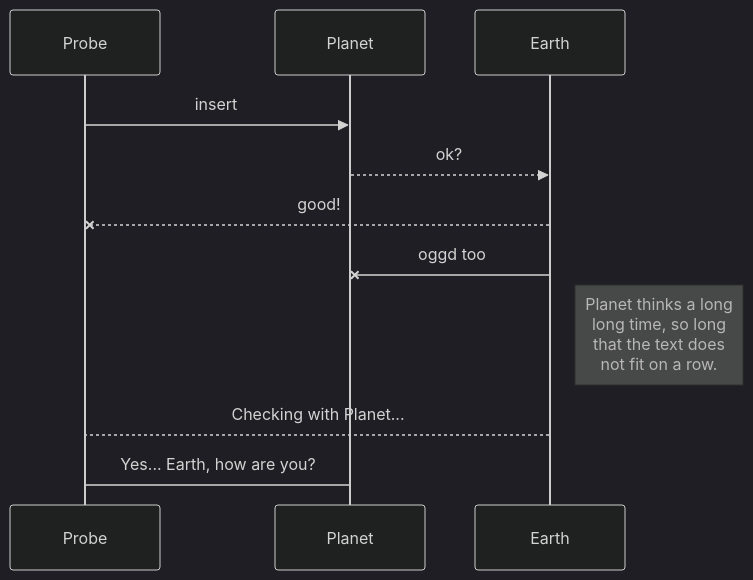
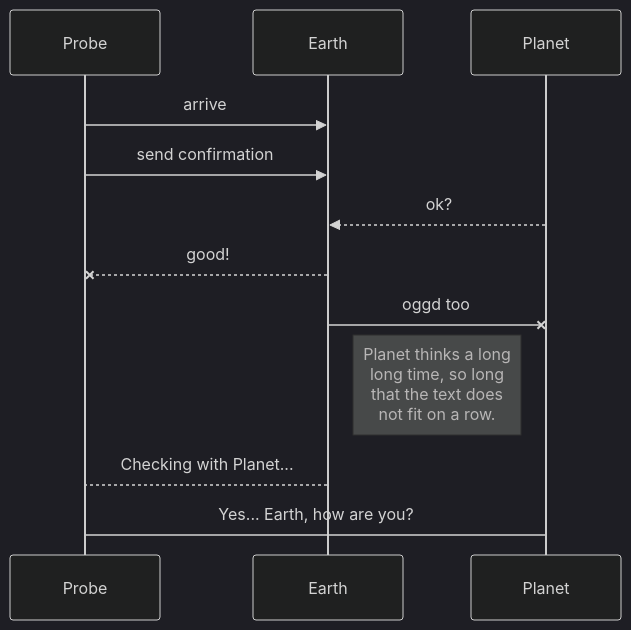
Before and after one commit to andre-svager/teste-sonda-main: the diagram in README.md, drawn with Mermaid (dark theme).

````diff
--- a/README.md
+++ b/README.md
@@ -67,11 +67,12 @@
 ```mermaid
 sequenceDiagram
-Probe ->> Planet: insert
+Probe ->> Earth: arrive
+Probe ->> Earth: send confirmation
 Planet-->>Earth: ok?
 Earth--x Probe: good!
 Earth-x Planet: oggd too
 Note right of Earth: Planet thinks a long<br/>long time, so long<br/>that the text does<br/>not fit on a row.
 
 Earth-->Probe: Checking with Planet...
 Probe->Planet: Yes... Earth, how are you?
 ```
````
